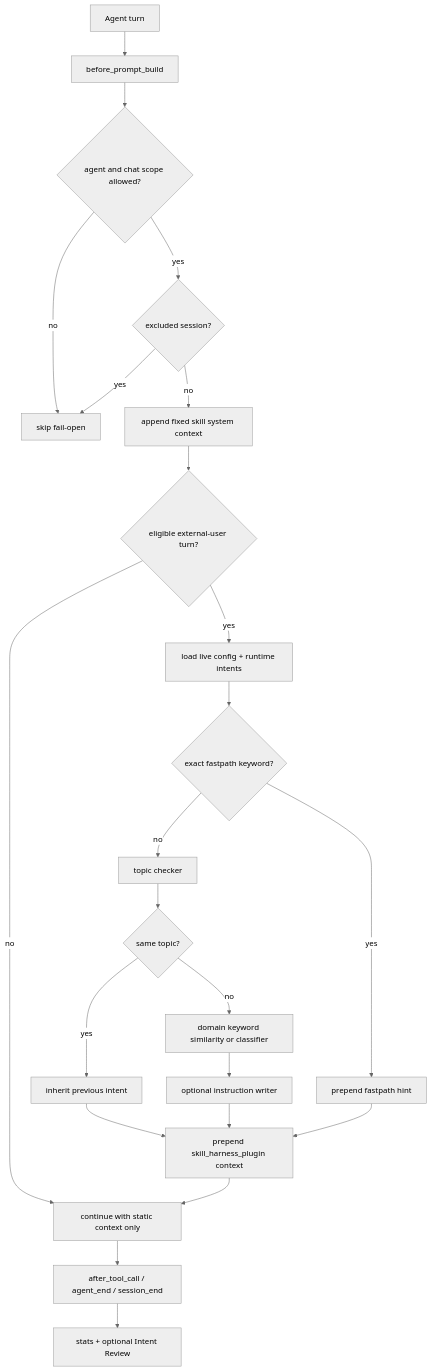
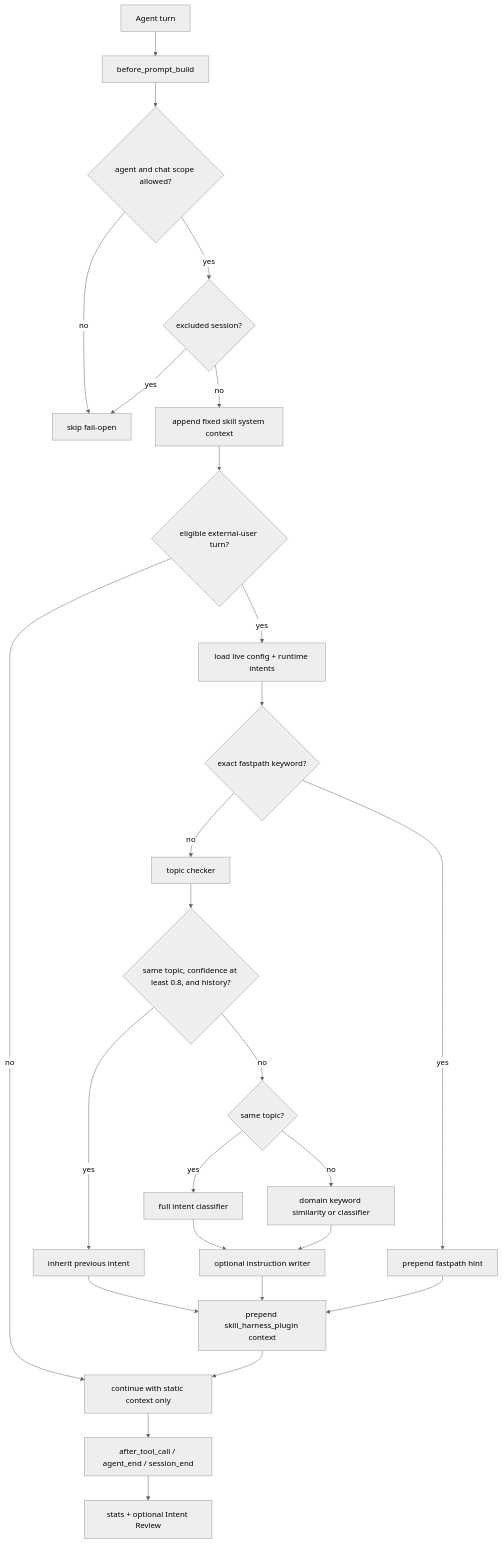
The diagram in README.md (ani6439walc/openclaw-plugin-skill-harness), drawn with Mermaid (neutral theme) before and after one commit. The commit also changed other lines of this file and 6 other files, not shown here.

Commit message:
✨ feat(classification): require confidence threshold for same-topic intent inheritance

````diff
--- a/README.md
+++ b/README.md
@@ -52,25 +52,28 @@
 ```mermaid
 graph TD
   A[Agent turn] --> B[before_prompt_build]
   B --> C{agent and chat scope allowed?}
   C -->|no| Z[skip fail-open]
   C -->|yes| Q{excluded session?}
   Q -->|yes| Z
   Q -->|no| P[append fixed skill system context]
   P --> R{eligible external-user turn?}
   R -->|no| M[continue with static context only]
   R -->|yes| D[load live config + runtime intents]
   D --> E{exact fastpath keyword?}
   E -->|yes| F[prepend fastpath hint]
   E -->|no| G[topic checker]
-  G --> H{same topic?}
+  G --> H{same topic, confidence at least 0.8, and history?}
   H -->|yes| I[inherit previous intent]
-  H -->|no| J[domain keyword similarity or classifier]
-  J --> K[optional instruction writer]
+  H -->|no| S{same topic?}
+  S -->|yes| T[full intent classifier]
+  S -->|no| J[domain keyword similarity or classifier]
+  T --> K[optional instruction writer]
+  J --> K
   I --> L[prepend skill_harness_plugin context]
   K --> L
   F --> L
   L --> M
   M --> N[after_tool_call / agent_end / session_end]
   N --> O[stats + optional Intent Review]
 ```
````
